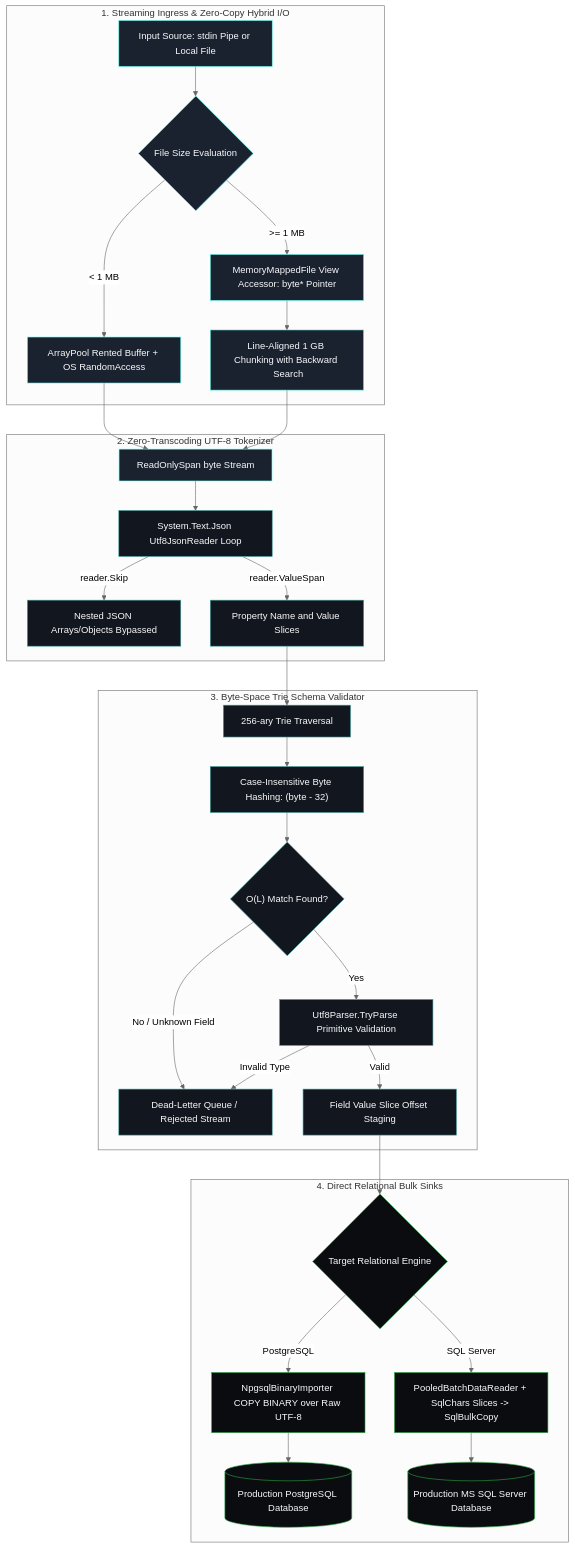
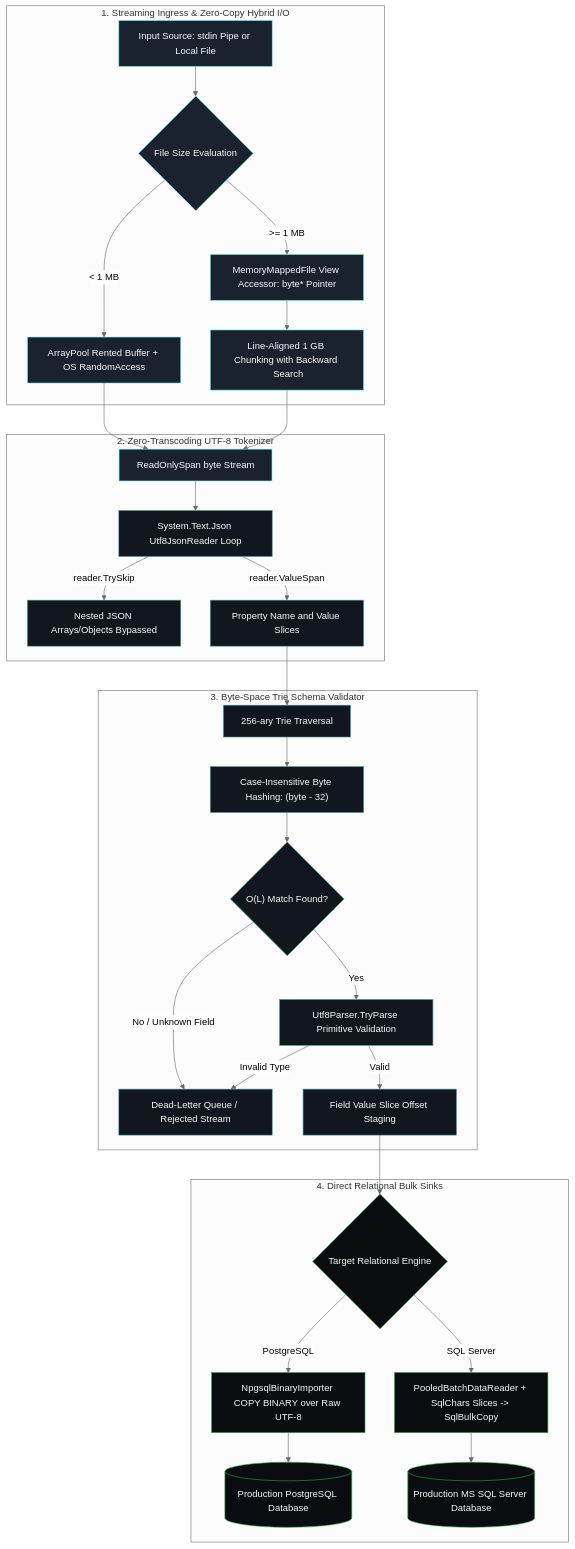
The diagram in README.md (ian-cowley/Glacier.Forge), drawn with Mermaid (neutral theme) before and after one commit. The commit also changed other lines of this file and 18 other files, not shown here.

````diff
--- a/README.md
+++ b/README.md
@@ -39,42 +39,42 @@
 ```mermaid
 flowchart TD
     subgraph Ingestion ["1. Streaming Ingress & Zero-Copy Hybrid I/O"]
         A[Input Source: stdin Pipe or Local File] --> B{File Size Evaluation}
         B -->|< 1 MB| C[ArrayPool Rented Buffer + OS RandomAccess]
         B -->|>= 1 MB| D[MemoryMappedFile View Accessor: byte* Pointer]
         D --> E[Line-Aligned 1 GB Chunking with Backward \n Search]
     end
 
     subgraph Parser ["2. Zero-Transcoding UTF-8 Tokenizer"]
         C --> F[ReadOnlySpan byte Stream]
         E --> F
         F --> G[System.Text.Json Utf8JsonReader Loop]
-        G -->|reader.Skip| H[Nested JSON Arrays/Objects Bypassed]
+        G -->|reader.TrySkip| H[Nested JSON Arrays/Objects Bypassed]
         G -->|reader.ValueSpan| I[Property Name and Value Slices]
     end
 
     subgraph Validator ["3. Byte-Space Trie Schema Validator"]
         I --> J[256-ary Trie Traversal]
         J --> K["Case-Insensitive Byte Hashing: (byte - 32)"]
         K --> L{"O(L) Match Found?"}
         L -->|No / Unknown Field| M[Dead-Letter Queue / Rejected Stream]
         L -->|Yes| N[Utf8Parser.TryParse Primitive Validation]
         N -->|Invalid Type| M
         N -->|Valid| O[Field Value Slice Offset Staging]
     end
 
     subgraph Sinks ["4. Direct Relational Bulk Sinks"]
         O --> P{Target Relational Engine}
         P -->|PostgreSQL| Q[NpgsqlBinaryImporter COPY BINARY over Raw UTF-8]
         P -->|SQL Server| R[PooledBatchDataReader + SqlChars Slices -> SqlBulkCopy]
         Q --> S[(Production PostgreSQL Database)]
         R --> T[(Production MS SQL Server Database)]
     end
 
     classDef ing fill:#1a2230,stroke:#66fcf1,stroke-width:1px,color:#f8f9fa;
     classDef val fill:#12161f,stroke:#45a29e,stroke-width:1px,color:#f8f9fa;
     classDef snk fill:#0b0c10,stroke:#28a745,stroke-width:1px,color:#f8f9fa;
     class A,B,C,D,E,F ing;
     class G,H,I,J,K,L,M,N,O val;
     class P,Q,R,S,T snk;
 ```
````
